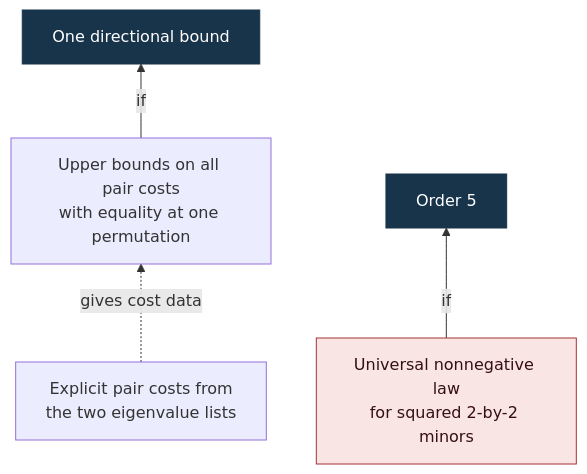
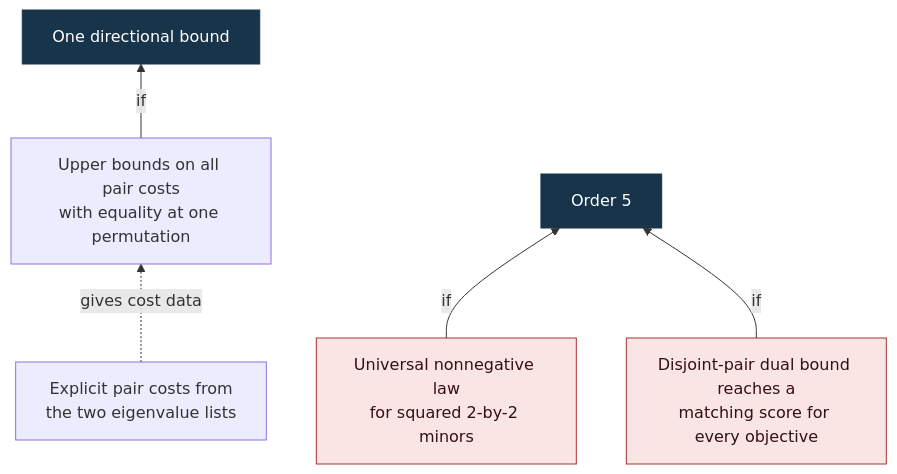
One commit to ascendnoosphere/MOC changed the fourth of 5 diagrams in Docs/order-five-proof-map.md. Above: the diagram before and after it, drawn with Mermaid. The commit also changed other lines of this file and 6 other files, not shown here.

Commit message:
Refute the universal order-five disjoint-pair certificate

````diff
--- a/Docs/order-five-proof-map.md
+++ b/Docs/order-five-proof-map.md
@@ -126,15 +124,17 @@
 ```mermaid
 flowchart BT
     accTitle: Order-five bounds through squared minors
-    accDescr: An objective-specific cost certificate proves one directional bound. A universal law reproducing all two-by-two squared minors would suffice for order five, but has a counterexample.
+    accDescr: A cost certificate proves one directional bound. Two sufficient premises for order five are refuted.
     Direction["One directional bound"]:::goal
     Pair["Explicit pair costs from<br/>the two eigenvalue lists"]
     Dual["Upper bounds on all pair costs<br/>with equality at one permutation"]
     Goal["Order 5"]:::goal
     Uniform["Universal nonnegative law<br/>for squared 2-by-2 minors"]:::refuted
+    Transport["Disjoint-pair dual bound reaches a<br/>matching score for every objective"]:::refuted
     Pair -. gives cost data .-> Dual
     Dual -->|if| Direction
     Uniform -->|if| Goal
+    Transport -->|if| Goal
     classDef goal fill:#18344b,stroke:#18344b,color:#fff
     classDef refuted fill:#fae5e5,stroke:#a33434,color:#361010
 ```
````
